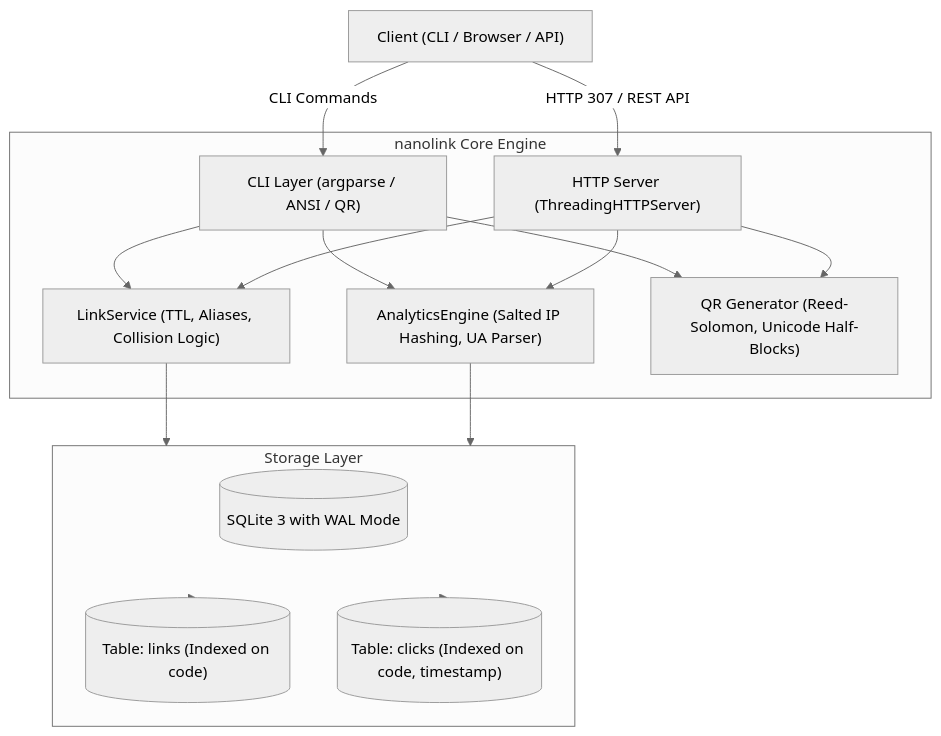
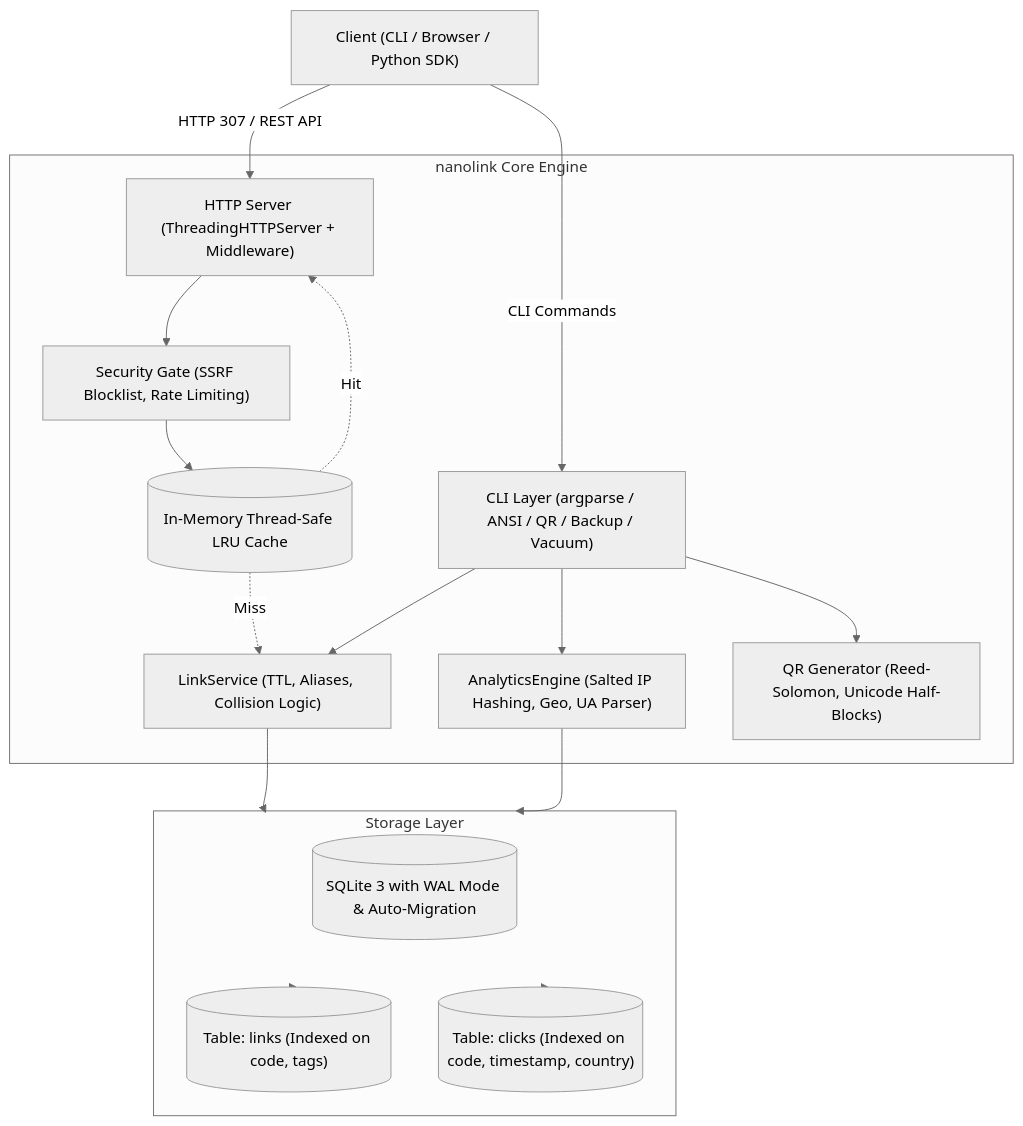
One commit to yashuraghuvanshi4-pixel/nanolink changed the diagram in README.md. Above: the diagram before and after it, drawn with Mermaid (neutral theme). The commit also changed other lines of this file, not shown here.

Commit message:
docs: update documentation with client SDK, new CLI commands, and API specs

````diff
--- a/README.md
+++ b/README.md
@@ -30,31 +34,34 @@
 ```mermaid
 flowchart TD
-    Client["Client (CLI / Browser / API)"]
+    Client["Client (CLI / Browser / Python SDK)"]
     
     subgraph Engine["nanolink Core Engine"]
-        CLI["CLI Layer (argparse / ANSI / QR)"]
-        Server["HTTP Server (ThreadingHTTPServer)"]
+        CLI["CLI Layer (argparse / ANSI / QR / Backup / Vacuum)"]
+        Server["HTTP Server (ThreadingHTTPServer + Middleware)"]
+        Cache[("In-Memory Thread-Safe LRU Cache")]
         Service["LinkService (TTL, Aliases, Collision Logic)"]
-        Analytics["AnalyticsEngine (Salted IP Hashing, UA Parser)"]
+        Analytics["AnalyticsEngine (Salted IP Hashing, Geo, UA Parser)"]
+        Security["Security Gate (SSRF Blocklist, Rate Limiting)"]
         QR["QR Generator (Reed-Solomon, Unicode Half-Blocks)"]
     end
 
     subgraph Storage["Storage Layer"]
-        DB[("SQLite 3 with WAL Mode")]
-        LinksTable[("Table: links (Indexed on code)")]
-        ClicksTable[("Table: clicks (Indexed on code, timestamp)")]
+        DB[("SQLite 3 with WAL Mode & Auto-Migration")]
+        LinksTable[("Table: links (Indexed on code, tags)")]
+        ClicksTable[("Table: clicks (Indexed on code, timestamp, country)")]
     end
 
     Client -->|CLI Commands| CLI
     Client -->|HTTP 307 / REST API| Server
+    Server --> Security
+    Security --> Cache
+    Cache -. Hit .-> Server
+    Cache -. Miss .-> Service
     CLI --> Service
     CLI --> Analytics
     CLI --> QR
-    Server --> Service
-    Server --> Analytics
-    Server --> QR
     Service --> Storage
     Analytics --> Storage
     Storage --> LinksTable
     Storage --> ClicksTable
 ```
````
